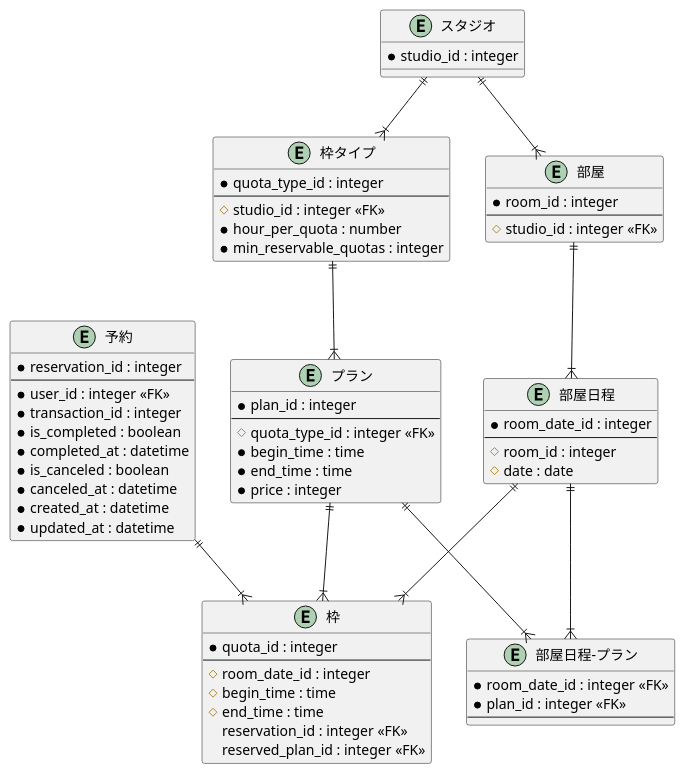
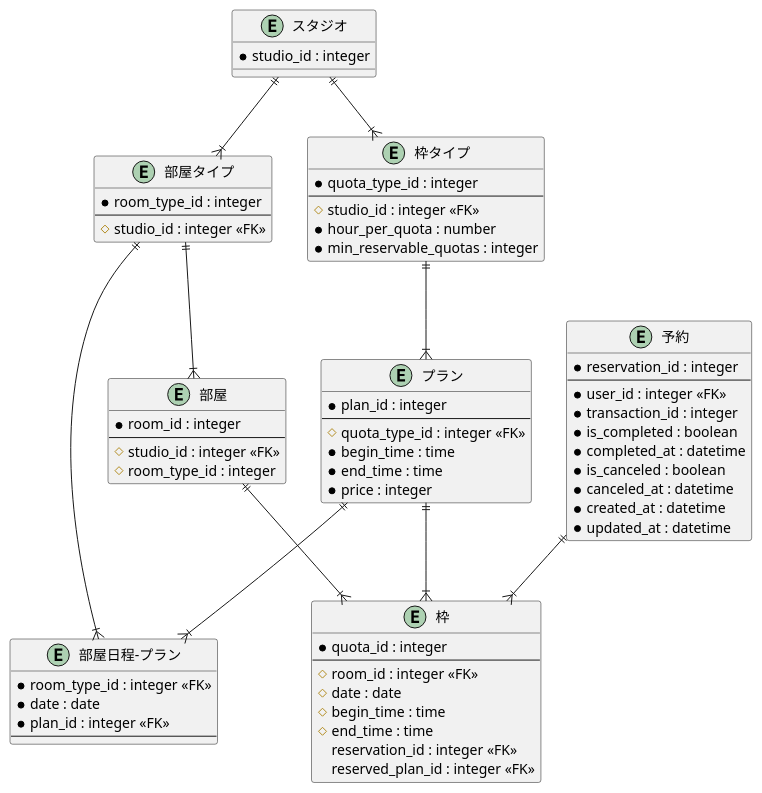
One commit to nnaakkaaii/search-studio-go changed the diagram in spec/reservation.erd.puml. Above: the diagram before and after it, drawn with PlantUML. The commit also changed 2 other files, not shown here.

```diff
--- a/spec/reservation.erd.puml
+++ b/spec/reservation.erd.puml
@@ -1,78 +1,80 @@
 @startuml
 
 entity "スタジオ" as Studio {
     * studio_id : integer
 }
 
+entity "部屋タイプ" as RoomType {
+    * room_type_id : integer
+    --
+    # studio_id : integer <<FK>>
+}
+
 entity "部屋" as Room {
     * room_id : integer
     --
     # studio_id : integer <<FK>>
-}
-
-entity "部屋日程" as RoomDate {
-    * room_date_id : integer
-    --
-    # room_id : integer
-    # date : date
+    # room_type_id : integer
 }
 
 ' 部屋日程プランでroom_date_idに該当するplan_idを複数取得し、さらにbegin_timeとend_timeで検索をかけて、残ったplan_idがその枠で予約可能なプラン
 entity "枠" as Quota {
     * quota_id : integer
     --
-    # room_date_id : integer
+    # room_id : integer <<FK>>
+    # date : date
     # begin_time : time
     # end_time : time
     reservation_id : integer <<FK>>
     reserved_plan_id : integer <<FK>>
 }
 
 entity "枠タイプ" as QuotaType {
     * quota_type_id : integer
     --
     # studio_id : integer <<FK>>
     * hour_per_quota : number
     * min_reservable_quotas : integer
 }
 
 entity "プラン" as Plan {
     * plan_id : integer
     --
     # quota_type_id : integer <<FK>>
     * begin_time : time
     * end_time : time
     * price : integer
 }
 
-entity "部屋日程-プラン" as RoomDatePlan {
-    * room_date_id : integer <<FK>>
+entity "部屋日程-プラン" as RoomTypeDatePlan {
+    * room_type_id : integer <<FK>>
+    * date : date
     * plan_id : integer <<FK>>
     --
 }
 
 entity "予約" as Reservation {
     * reservation_id : integer
     --
     * user_id : integer <<FK>>
     * transaction_id : integer
     * is_completed : boolean
     * completed_at : datetime
     * is_canceled : boolean
     * canceled_at : datetime
     * created_at : datetime
     * updated_at : datetime
 }
 
 
-Studio ||--|{ Room
-Room ||--|{ RoomDate
+Studio ||--|{ RoomType
+RoomType ||--|{ Room
 Studio ||--|{ QuotaType
 QuotaType ||--|{ Plan
-Plan ||--|{ RoomDatePlan
-RoomDate ||--|{ RoomDatePlan
-RoomDate ||--|{ Quota
+Plan ||--|{ RoomTypeDatePlan
+RoomType ||--|{ RoomTypeDatePlan
+Room ||--|{ Quota
 Reservation ||--|{ Quota
 Plan ||--|{ Quota
 
 @enduml
```
